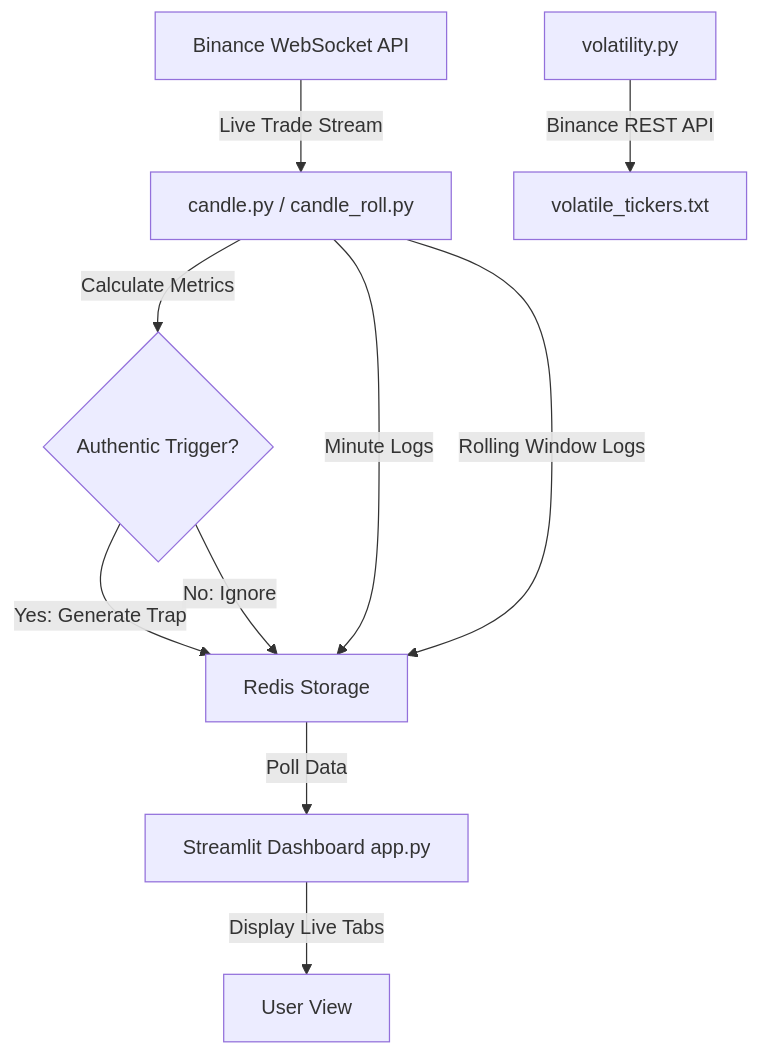
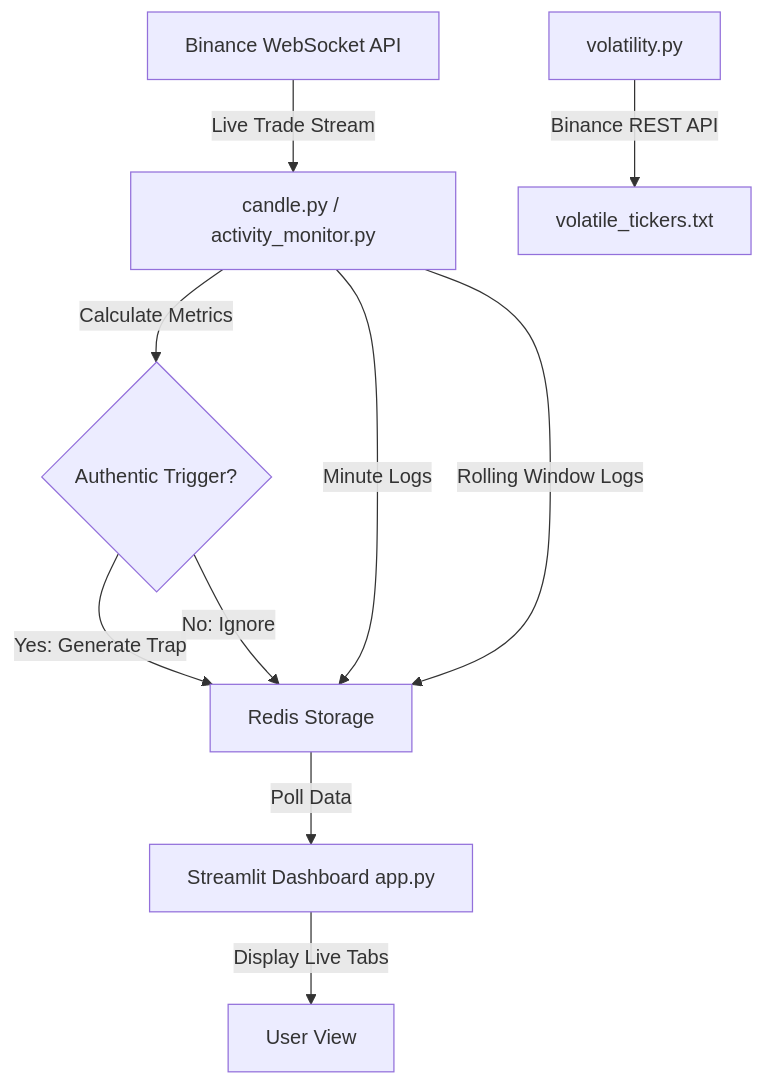
Before and after one commit to yoge911/Ritrade: the diagram in walkthrough.md, drawn with Mermaid. The commit also changed other lines of this file and 12 other files, not shown here.

Commit message:
parameterized candle_roll.py and renamed it to activty_monitor.py

````diff
--- a/walkthrough.md
+++ b/walkthrough.md
@@ -22,16 +22,16 @@
 ```mermaid
 graph TD
-    A[Binance WebSocket API] -->|Live Trade Stream| B[candle.py / candle_roll.py]
+    A[Binance WebSocket API] -->|Live Trade Stream| B[candle.py / activity_monitor.py]
     B -->|Calculate Metrics| C{Authentic Trigger?}
     
     C -->|Yes: Generate Trap| D[Redis Storage]
     C -->|No: Ignore| D
     
     B -->|Minute Logs| D
     B -->|Rolling Window Logs| D
 
     D -->|Poll Data| E[Streamlit Dashboard app.py]
     
     F[volatility.py] -->|Binance REST API| G[volatile_tickers.txt]
     E -->|Display Live Tabs| H[User View]
 ```
````
